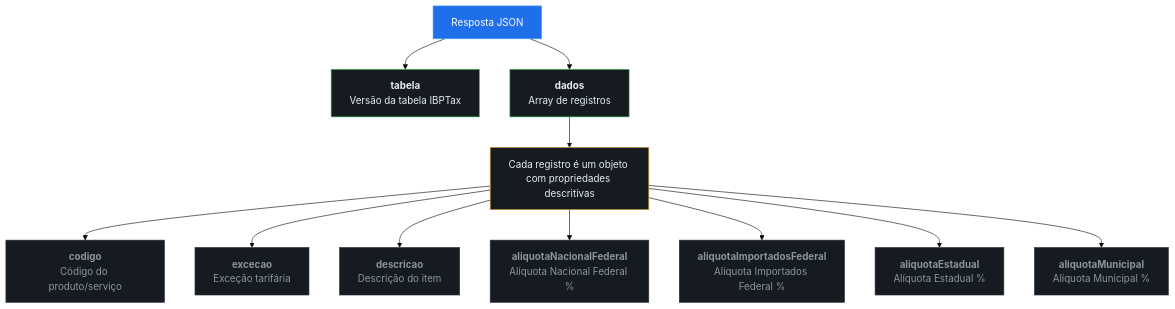
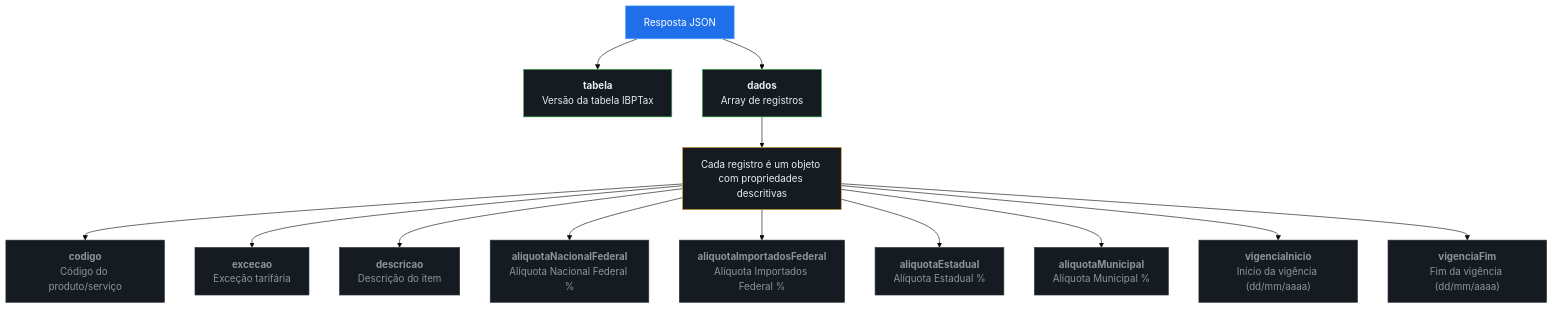
Before and after one commit to luizinhoh2o1/tabelas-ibpt: the fifth of 7 diagrams in README.md, drawn with Mermaid (base theme). The commit also changed other lines of this file and 78 other files, not shown here.

````diff
--- a/README.md
+++ b/README.md
@@ -180,27 +182,31 @@
 ```mermaid
 graph TD
     ROOT["Resposta JSON"] --> T["<b>tabela</b><br/>Versão da tabela IBPTax"]
     ROOT --> D["<b>dados</b><br/>Array de registros"]
 
     D --> R["Cada registro é um objeto com propriedades descritivas"]
 
     R --> R0["<b>codigo</b><br/>Código do produto/serviço"]
     R --> R1["<b>excecao</b><br/>Exceção tarifária"]
     R --> R2["<b>descricao</b><br/>Descrição do item"]
     R --> R3["<b>aliquotaNacionalFederal</b><br/>Alíquota Nacional Federal %"]
     R --> R4["<b>aliquotaImportadosFederal</b><br/>Alíquota Importados Federal %"]
     R --> R5["<b>aliquotaEstadual</b><br/>Alíquota Estadual %"]
     R --> R6["<b>aliquotaMunicipal</b><br/>Alíquota Municipal %"]
+    R --> R7["<b>vigenciaInicio</b><br/>Início da vigência (dd/mm/aaaa)"]
+    R --> R8["<b>vigenciaFim</b><br/>Fim da vigência (dd/mm/aaaa)"]
 
     style ROOT fill:#1f6feb,stroke:#58a6ff,color:#fff
     style T fill:#161b22,stroke:#3fb950,color:#e6edf3
     style D fill:#161b22,stroke:#3fb950,color:#e6edf3
     style R fill:#161b22,stroke:#d29922,color:#e6edf3
     style R0 fill:#161b22,stroke:#30363d,color:#8b949e
     style R1 fill:#161b22,stroke:#30363d,color:#8b949e
     style R2 fill:#161b22,stroke:#30363d,color:#8b949e
     style R3 fill:#161b22,stroke:#30363d,color:#8b949e
     style R4 fill:#161b22,stroke:#30363d,color:#8b949e
     style R5 fill:#161b22,stroke:#30363d,color:#8b949e
     style R6 fill:#161b22,stroke:#30363d,color:#8b949e
+    style R7 fill:#161b22,stroke:#30363d,color:#8b949e
+    style R8 fill:#161b22,stroke:#30363d,color:#8b949e
 ```
````
